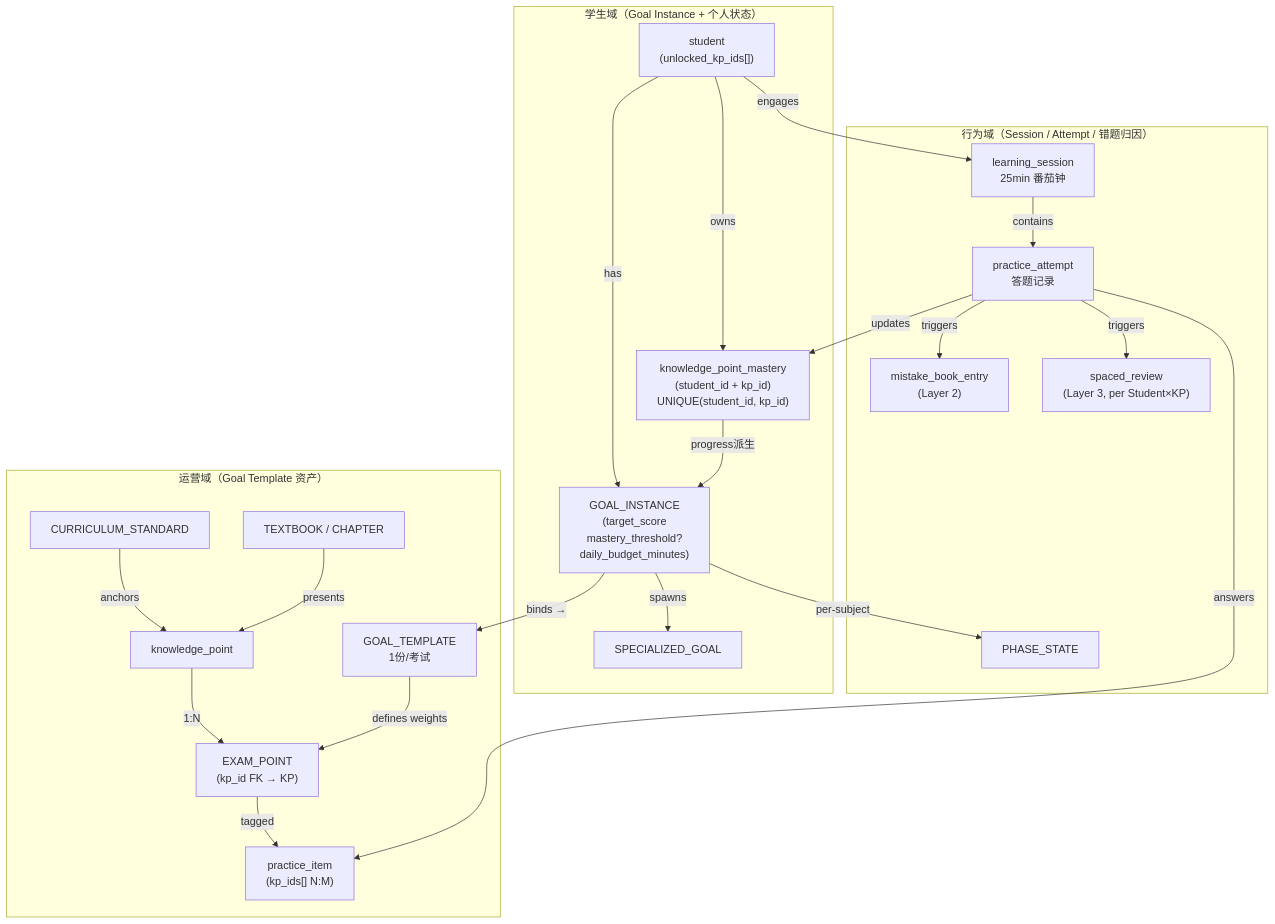
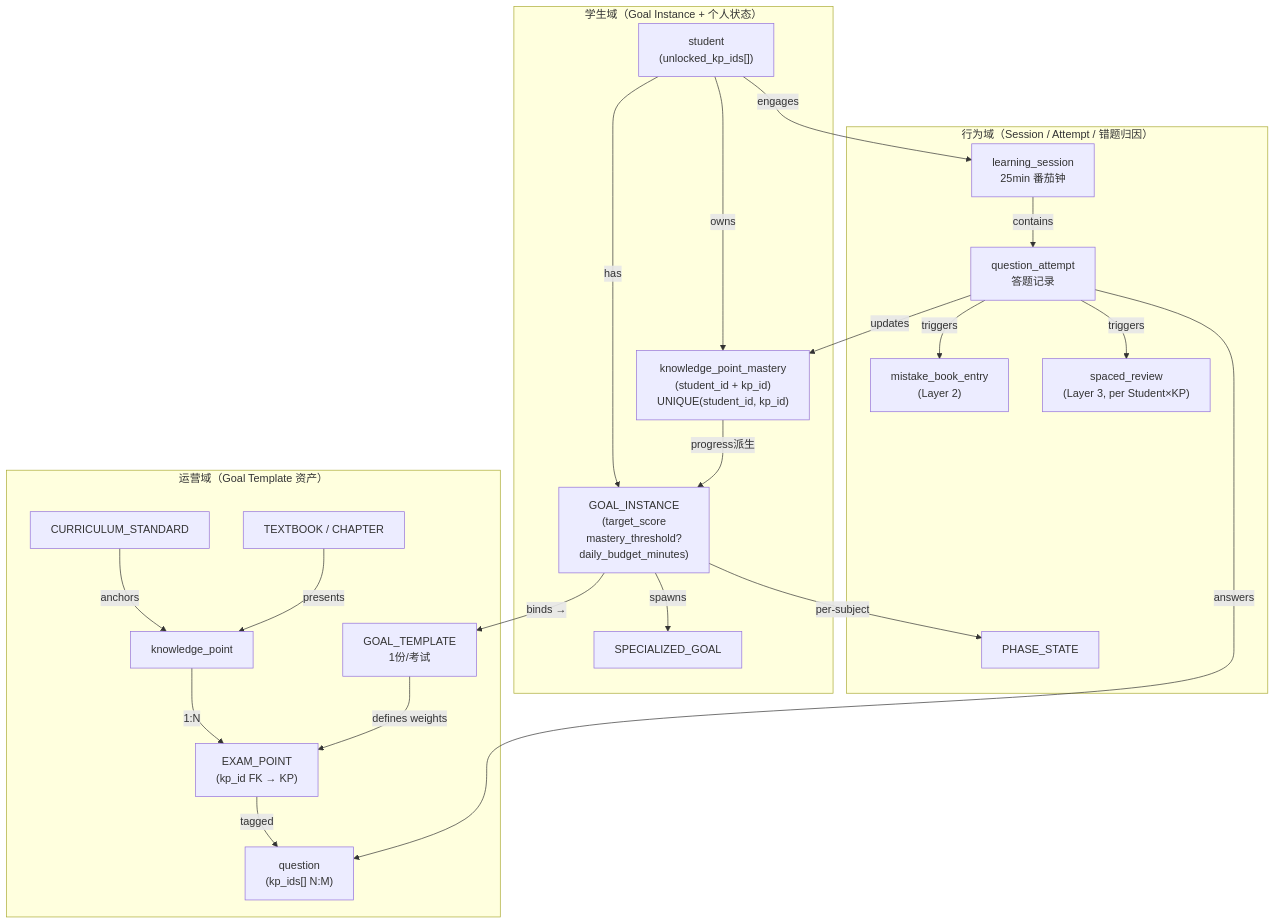
One commit to swingboat/hao-hao-study changed the first of 19 diagrams in docs/PRD/SmartLearningAssistant_PRD.md. Above: the diagram before and after it, drawn with Mermaid. The commit also changed other lines of this file and 27 other files, not shown here.

````diff
--- a/docs/PRD/SmartLearningAssistant_PRD.md
+++ b/docs/PRD/SmartLearningAssistant_PRD.md
@@ -115,48 +115,48 @@
 ```mermaid
 graph TB
     subgraph OPS["运营域（Goal Template 资产）"]
         GT["GOAL_TEMPLATE\n1份/考试"]
         KP["knowledge_point"]
         EP["EXAM_POINT\n(kp_id FK → KP)"]
-        practice_item["practice_item\n(kp_ids[] N:M)"]
+        question["question\n(kp_ids[] N:M)"]
         CS["CURRICULUM_STANDARD"]
         TB["TEXTBOOK / CHAPTER"]
 
         CS -->|"anchors"| KP
         TB -->|"presents"| KP
         KP -->|"1:N"| EP
-        EP -->|"tagged"| practice_item
+        EP -->|"tagged"| question
         GT -->|"defines weights"| EP
     end
 
     subgraph STU["学生域（Goal Instance + 个人状态）"]
         student["student\n(unlocked_kp_ids[])"]
         GI["GOAL_INSTANCE\n(target_score\nmastery_threshold?\ndaily_budget_minutes)"]
         MS["knowledge_point_mastery\n(student_id + kp_id)\nUNIQUE(student_id, kp_id)"]
         SG["SPECIALIZED_GOAL"]
 
         student -->|"has"| GI
         student -->|"owns"| MS
         GI -->|"spawns"| SG
     end
 
     subgraph BEH["行为域（Session / Attempt / 错题归因）"]
         LS["learning_session\n25min 番茄钟"]
-        ATT["practice_attempt\n答题记录"]
+        ATT["question_attempt\n答题记录"]
         EL["mistake_book_entry\n(Layer 2)"]
         RS["spaced_review\n(Layer 3, per Student×KP)"]
         PS["PHASE_STATE"]
 
         LS -->|"contains"| ATT
         ATT -->|"triggers"| EL
         ATT -->|"triggers"| RS
         GI -->|"per-subject"| PS
     end
 
     %% 域间连线
     GI -->|"binds →"| GT
-    ATT -->|"answers"| practice_item
+    ATT -->|"answers"| question
     ATT -->|"updates"| MS
     MS -->|"progress派生"| GI
     student -->|"engages"| LS
 ```
````
